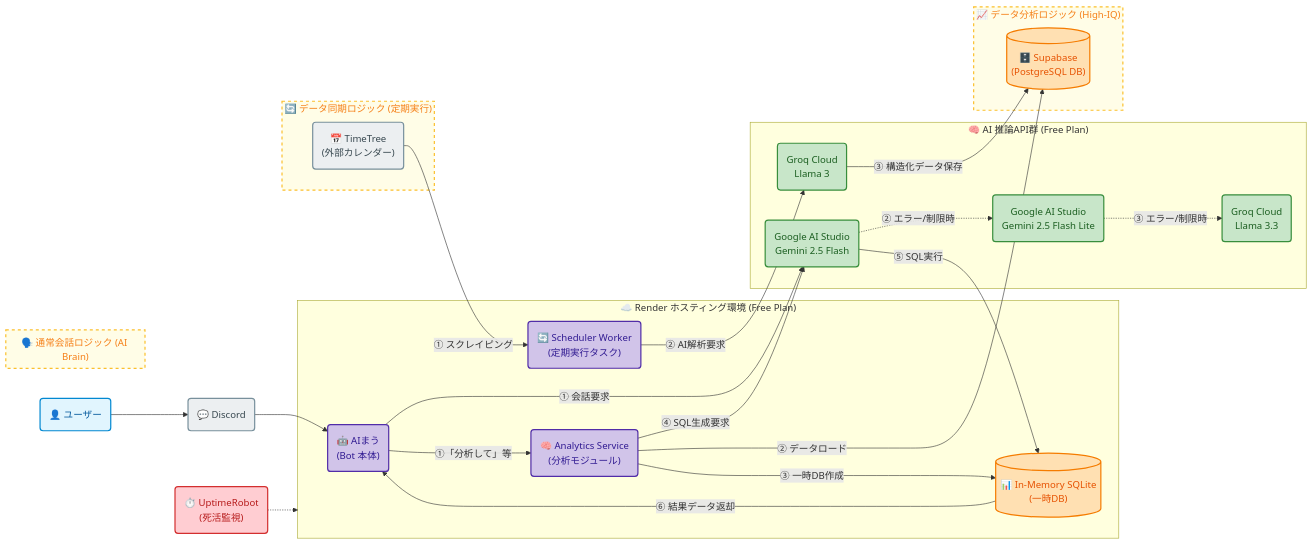
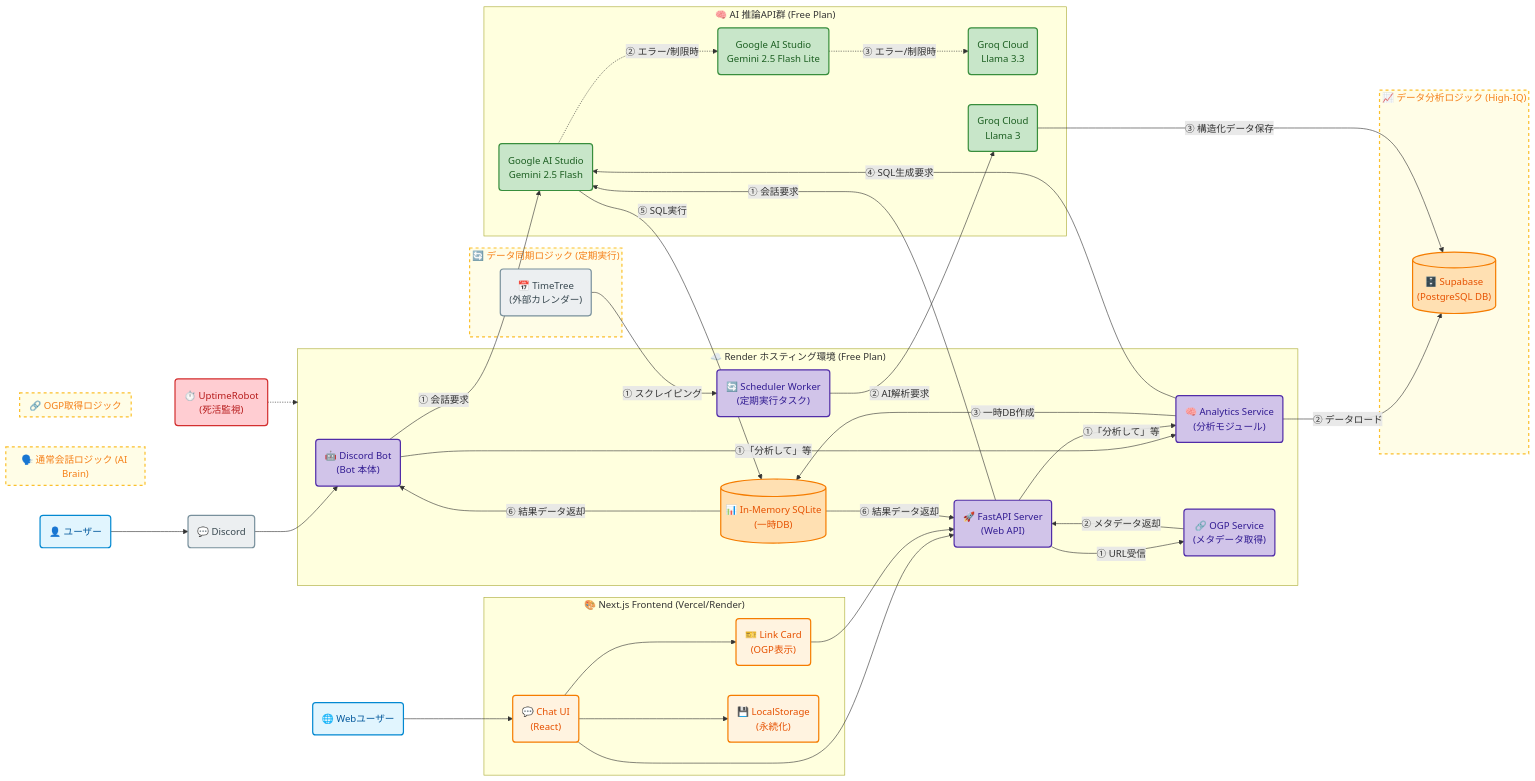
One commit to kawada612-bit/ai-mau-bot changed the diagram in docs/SPEC.md. Above: the diagram before and after it, drawn with Mermaid. The commit also changed other lines of this file and 3 other files, not shown here.

````diff
--- a/docs/SPEC.md
+++ b/docs/SPEC.md
@@ -10,6 +10,7 @@
     classDef default fill:#f9f9f9,stroke:#333,stroke-width:1px;
     classDef user fill:#e1f5fe,stroke:#0288d1,stroke-width:2px,color:#01579b;
     classDef bot fill:#d1c4e9,stroke:#512da8,stroke-width:2px,color:#311b92;
+    classDef frontend fill:#fff3e0,stroke:#f57c00,stroke-width:2px,color:#e65100;
     classDef logicGroup fill:#fffde7,stroke:#fbc02d,stroke-width:2px,color:#f57f17,stroke-dasharray: 5 5;
     classDef ai fill:#c8e6c9,stroke:#388e3c,stroke-width:2px,color:#1b5e20;
     classDef db fill:#ffe0b2,stroke:#f57c00,stroke-width:2px,color:#e65100,shape:cylinder;
@@ -19,15 +20,25 @@
 
     %% --- ノード定義 ---
     User("👤 ユーザー"):::user
+    WebUser("🌐 Webユーザー"):::user
     Discord("💬 Discord"):::external
     UptimeRobot("⏱️ UptimeRobot<br>(死活監視)"):::monitor
     
     %% Renderホスティング環境
     subgraph RenderHost ["☁️ Render ホスティング環境 (Free Plan)"]
-        Bot("🤖 AIまう<br>(Bot 本体)"):::bot
+        Bot("🤖 Discord Bot<br>(Bot 本体)"):::bot
+        FastAPI("🚀 FastAPI Server<br>(Web API)"):::bot
         Worker("🔄 Scheduler Worker<br>(定期実行タスク)"):::bot
         Analytics("🧠 Analytics Service<br>(分析モジュール)"):::bot
+        OGP("🔗 OGP Service<br>(メタデータ取得)"):::bot
         SQLite[("📊 In-Memory SQLite<br>(一時DB)")]:::db
+    end
+
+    %% フロントエンド
+    subgraph Frontend ["🎨 Next.js Frontend (Vercel/Render)"]
+        WebUI("💬 Chat UI<br>(React)"):::frontend
+        LinkCard("🎫 Link Card<br>(OGP表示)"):::frontend
+        LocalStorage("💾 LocalStorage<br>(永続化)"):::frontend
     end
 
     %% 外部AIサービス群
@@ -47,14 +58,22 @@
     %% 監視
     UptimeRobot -.-> RenderHost
 
-    %% メインエントリー
+    %% Discord経由
     User --> Discord --> Bot
+
+    %% Web経由
+    WebUser --> WebUI
+    WebUI --> FastAPI
+    WebUI --> LocalStorage
+    WebUI --> LinkCard
+    LinkCard --> FastAPI
 
     %% === ロジックフロー ===
 
-    %% 1. 通常会話ロジック
+    %% 1. 通常会話ロジック (Discord)
     subgraph Logic_Brain ["🗣️ 通常会話ロジック (AI Brain)"]
         Bot -->|"① 会話要求"| GeminiMain
+        FastAPI -->|"① 会話要求"| GeminiMain
         GeminiMain -.->|"② エラー/制限時"| GeminiSub
         GeminiSub -.->|"③ エラー/制限時"| GroqAI
     end
@@ -62,11 +81,13 @@
     %% 2. データ分析ロジック
     subgraph Logic_Analysis ["📈 データ分析ロジック (High-IQ)"]
         Bot -->|"①「分析して」等"| Analytics
+        FastAPI -->|"①「分析して」等"| Analytics
         Analytics -->|"② データロード"| DB
         Analytics -->|"③ 一時DB作成"| SQLite
         Analytics -->|"④ SQL生成要求"| GeminiMain
         GeminiMain -->|"⑤ SQL実行"| SQLite
         SQLite -->|"⑥ 結果データ返却"| Bot
+        SQLite -->|"⑥ 結果データ返却"| FastAPI
     end
 
     %% 3. データ同期ロジック
@@ -76,6 +97,12 @@
         GroqWorker -->|"③ 構造化データ保存"| DB
     end
 
+    %% 4. OGP取得ロジック
+    subgraph Logic_OGP ["🔗 OGP取得ロジック"]
+        FastAPI -->|"① URL受信"| OGP
+        OGP -->|"② メタデータ返却"| FastAPI
+    end
+
     %% サブグラフのスタイル適用
-    class Logic_Brain,Logic_Analysis,Logic_Sync logicGroup;
+    class Logic_Brain,Logic_Analysis,Logic_Sync,Logic_OGP logicGroup;
 ```
````
